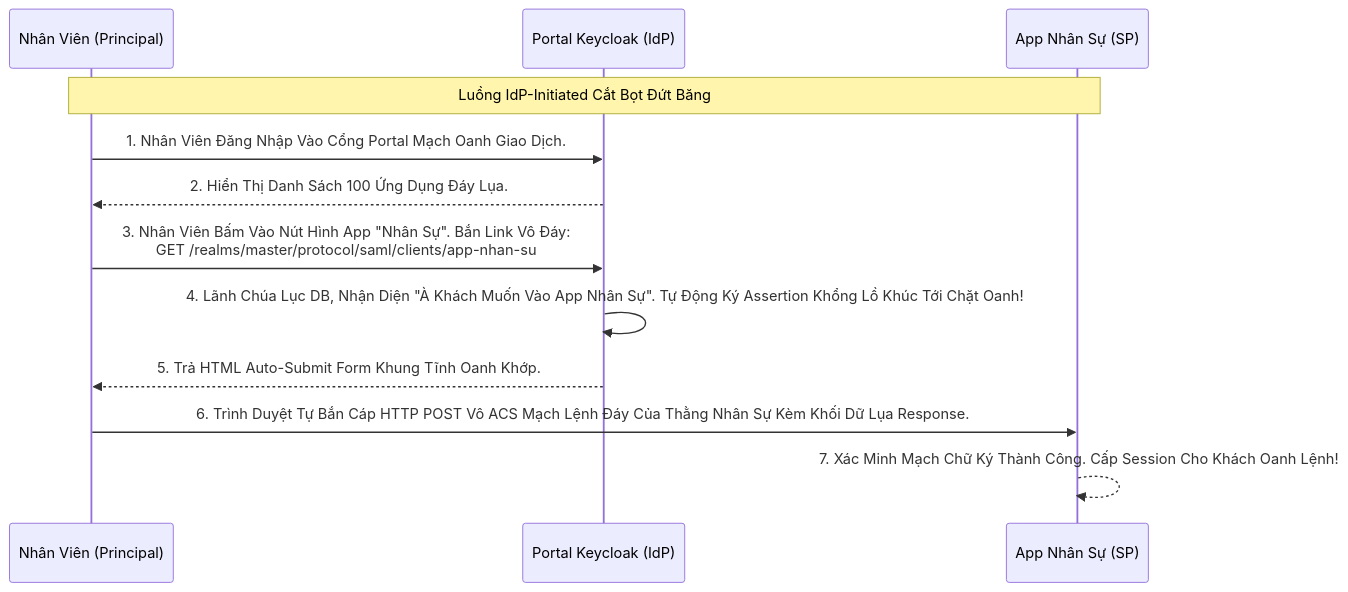
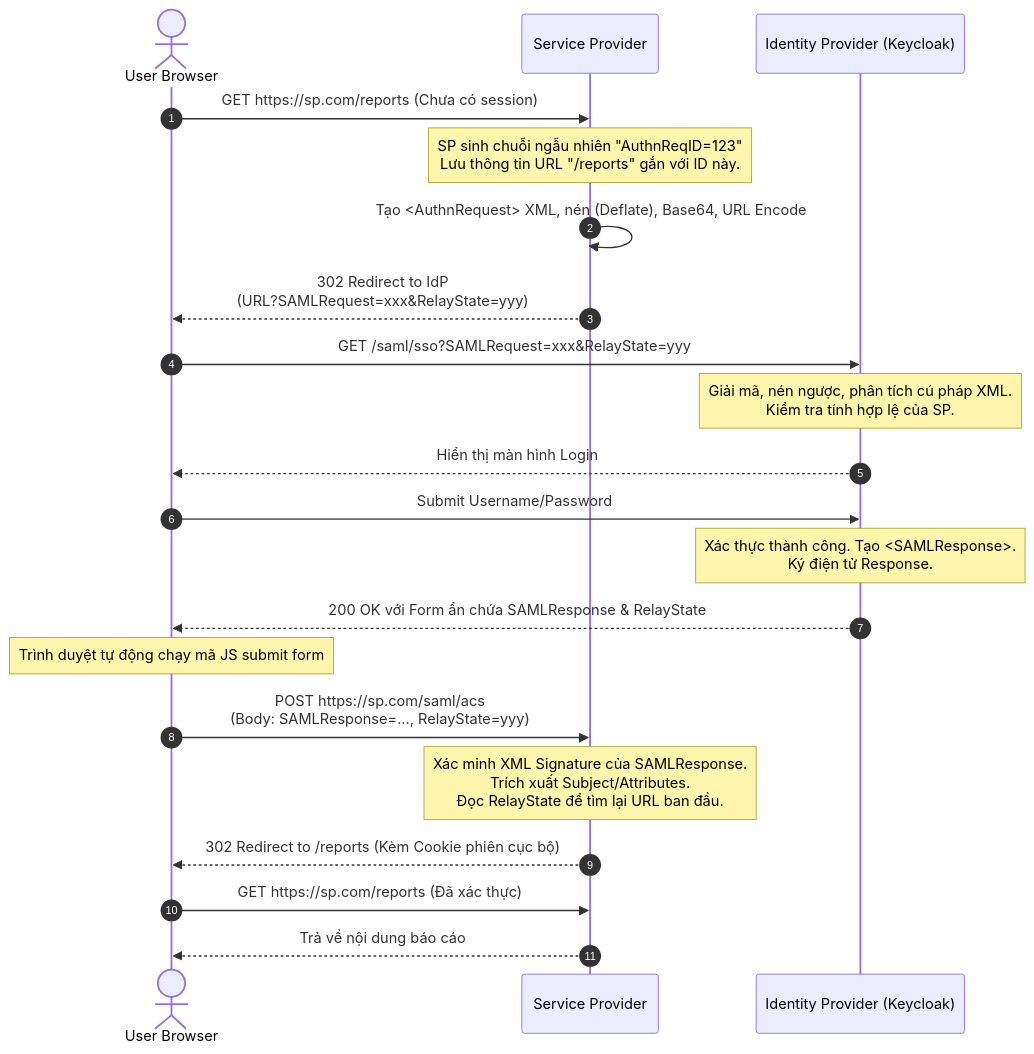
Before and after one commit to Luckyy0/keycloak: the diagram in 17-SAML/Module-1-Concepts/Lesson-4-SAML-Login.md, drawn with Mermaid. The commit also changed other lines of this file and 215 other files, not shown here.

````diff
--- a/17-SAML/Module-1-Concepts/Lesson-4-SAML-Login.md
+++ b/17-SAML/Module-1-Concepts/Lesson-4-SAML-Login.md
@@ -30,21 +23,29 @@
 ```mermaid
 sequenceDiagram
-    participant User as Nhân Viên (Principal)
-    participant IdP as Portal Keycloak (IdP)
-    participant SP as App Nhân Sự (SP)
+    autonumber
+    actor Browser as User Browser
+    participant SP as Service Provider
+    participant IdP as Identity Provider (Keycloak)
 
-    Note over User, SP: Luồng IdP-Initiated Cắt Bọt Đứt Băng
+    Browser->>SP: GET https://sp.com/reports (Chưa có session)
+    Note over SP: SP sinh chuỗi ngẫu nhiên "AuthnReqID=123"<br/>Lưu thông tin URL "/reports" gắn với ID này.
     
-    User->>IdP: 1. Nhân Viên Đăng Nhập Vào Cổng Portal Mạch Oanh Giao Dịch.
-    IdP-->>User: 2. Hiển Thị Danh Sách 100 Ứng Dụng Đáy Lụa.
+    SP->>SP: Tạo <AuthnRequest> XML, nén (Deflate), Base64, URL Encode
+    SP-->>Browser: 302 Redirect to IdP <br/> (URL?SAMLRequest=xxx&RelayState=yyy)
     
-    User->>IdP: 3. Nhân Viên Bấm Vào Nút Hình App "Nhân Sự". Bắn Link Vô Đáy: <br/> GET /realms/master/protocol/saml/clients/app-nhan-su
+    Browser->>IdP: GET /saml/sso?SAMLRequest=xxx&RelayState=yyy
+    Note over IdP: Giải mã, nén ngược, phân tích cú pháp XML.<br/>Kiểm tra tính hợp lệ của SP.
     
-    IdP->>IdP: 4. Lãnh Chúa Lục DB, Nhận Diện "À Khách Muốn Vào App Nhân Sự". Tự Động Ký Assertion Khổng Lồ Khúc Tới Chặt Oanh!
+    IdP-->>Browser: Hiển thị màn hình Login
+    Browser->>IdP: Submit Username/Password
+    Note over IdP: Xác thực thành công. Tạo <SAMLResponse>.<br/>Ký điện tử Response.
     
-    IdP-->>User: 5. Trả HTML Auto-Submit Form Khung Tĩnh Oanh Khớp.
+    IdP-->>Browser: 200 OK với Form ẩn chứa SAMLResponse & RelayState
+    Note over Browser: Trình duyệt tự động chạy mã JS submit form
+    Browser->>SP: POST https://sp.com/saml/acs <br/>(Body: SAMLResponse=..., RelayState=yyy)
     
-    User->>SP: 6. Trình Duyệt Tự Bắn Cáp HTTP POST Vô ACS Mạch Lệnh Đáy Của Thằng Nhân Sự Kèm Khối Dữ Lụa Response.
-    
-    SP-->>SP: 7. Xác Minh Mạch Chữ Ký Thành Công. Cấp Session Cho Khách Oanh Lệnh!
+    Note over SP: Xác minh XML Signature của SAMLResponse.<br/>Trích xuất Subject/Attributes.<br/>Đọc RelayState để tìm lại URL ban đầu.
+    SP-->>Browser: 302 Redirect to /reports (Kèm Cookie phiên cục bộ)
+    Browser->>SP: GET https://sp.com/reports (Đã xác thực)
+    SP-->>Browser: Trả về nội dung báo cáo
 ```
````
